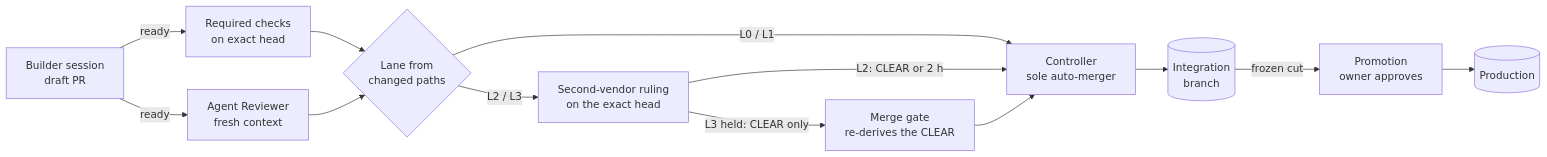
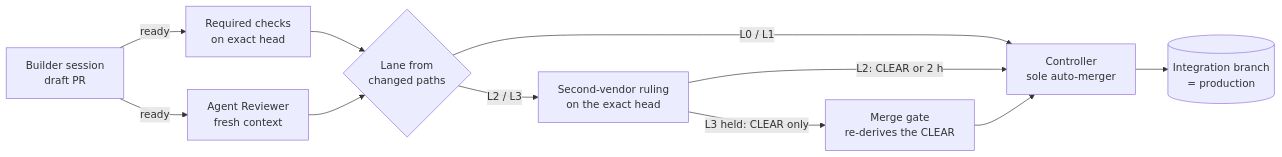
One commit to SVRN-AGNT/Dale-OS changed the diagram in shipping/README.md. Above: the diagram before and after it, drawn with Mermaid. The commit also changed other lines of this file and 4 other files, not shown here.

````diff
--- a/shipping/README.md
+++ b/shipping/README.md
@@ -64,14 +64,13 @@
 ```mermaid
 flowchart LR
   B[Builder session<br/>draft PR] -->|ready| CI[Required checks<br/>on exact head]
   B -->|ready| AR[Agent Reviewer<br/>fresh context]
   CI --> L{Lane from<br/>changed paths}
   AR --> L
   L -->|L0 / L1| C[Controller<br/>sole auto-merger]
   L -->|L2 / L3| PM[Second-vendor ruling<br/>on the exact head]
   PM -->|L2: CLEAR or 2 h| C
   PM -->|L3 held: CLEAR only| G[Merge gate<br/>re-derives the CLEAR]
   G --> C
-  C --> I[(Integration<br/>branch)]
-  I -->|frozen cut| P[Promotion<br/>owner approves] --> PROD[(Production)]
+  C --> I[(Integration branch<br/>= production)]
 ```
````
